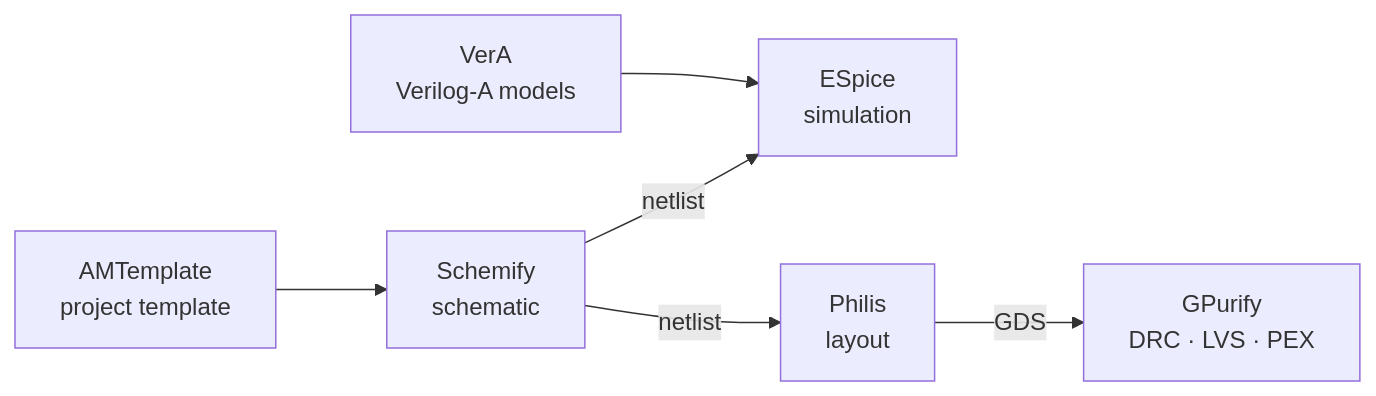
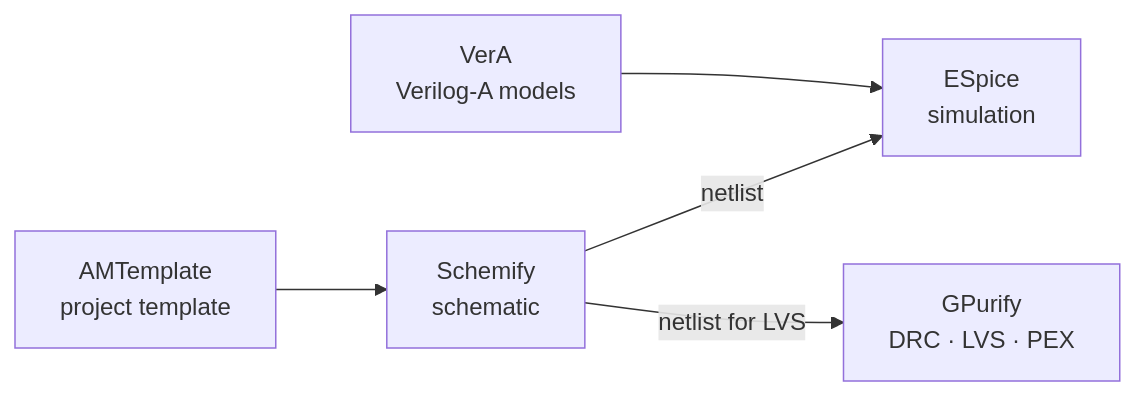
Before and after one commit to Scouren/.github: the diagram in profile/README.md, drawn with Mermaid. The commit also changed other lines of this file, not shown here.

Commit message:
Profile: drop a private project

````diff
--- a/profile/README.md
+++ b/profile/README.md
@@ -13,8 +12,7 @@
 ```mermaid
 flowchart LR
   T["AMTemplate<br/>project template"] --> S["Schemify<br/>schematic"]
   S -->|netlist| E["ESpice<br/>simulation"]
   V["VerA<br/>Verilog-A models"] --> E
-  S -->|netlist| P["Philis<br/>layout"]
-  P -->|GDS| G["GPurify<br/>DRC · LVS · PEX"]
+  S -->|netlist for LVS| G["GPurify<br/>DRC · LVS · PEX"]
 ```
````
